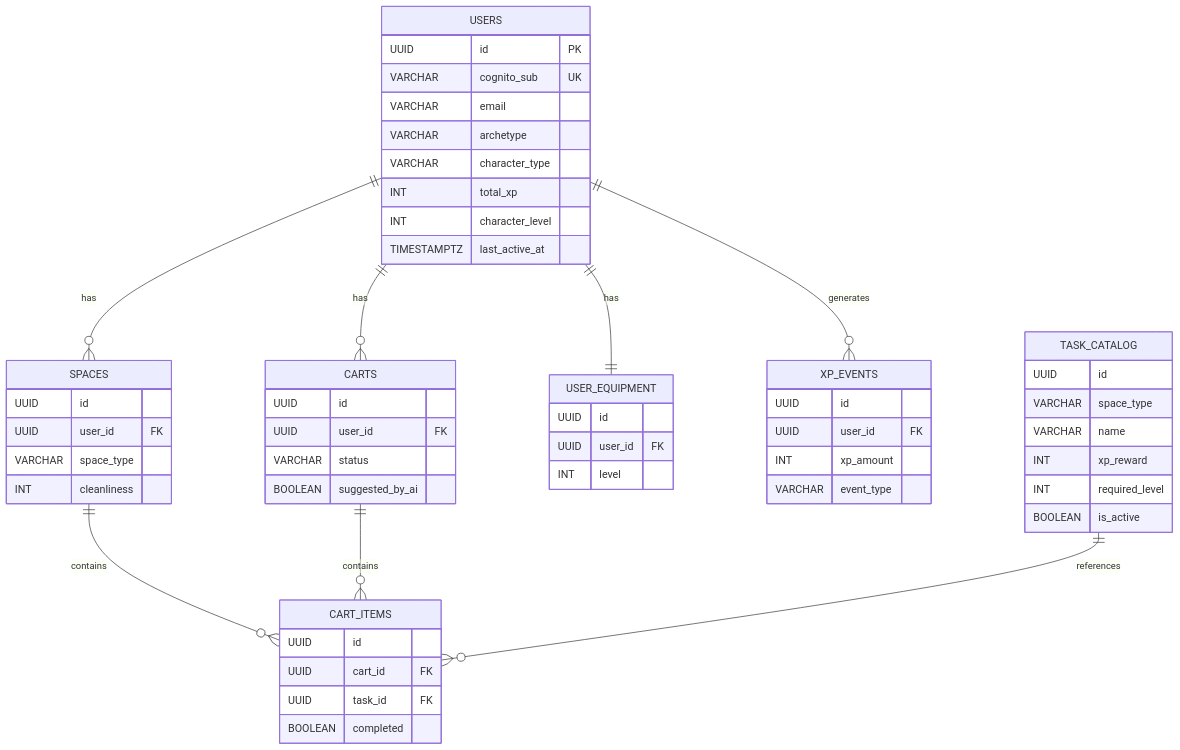
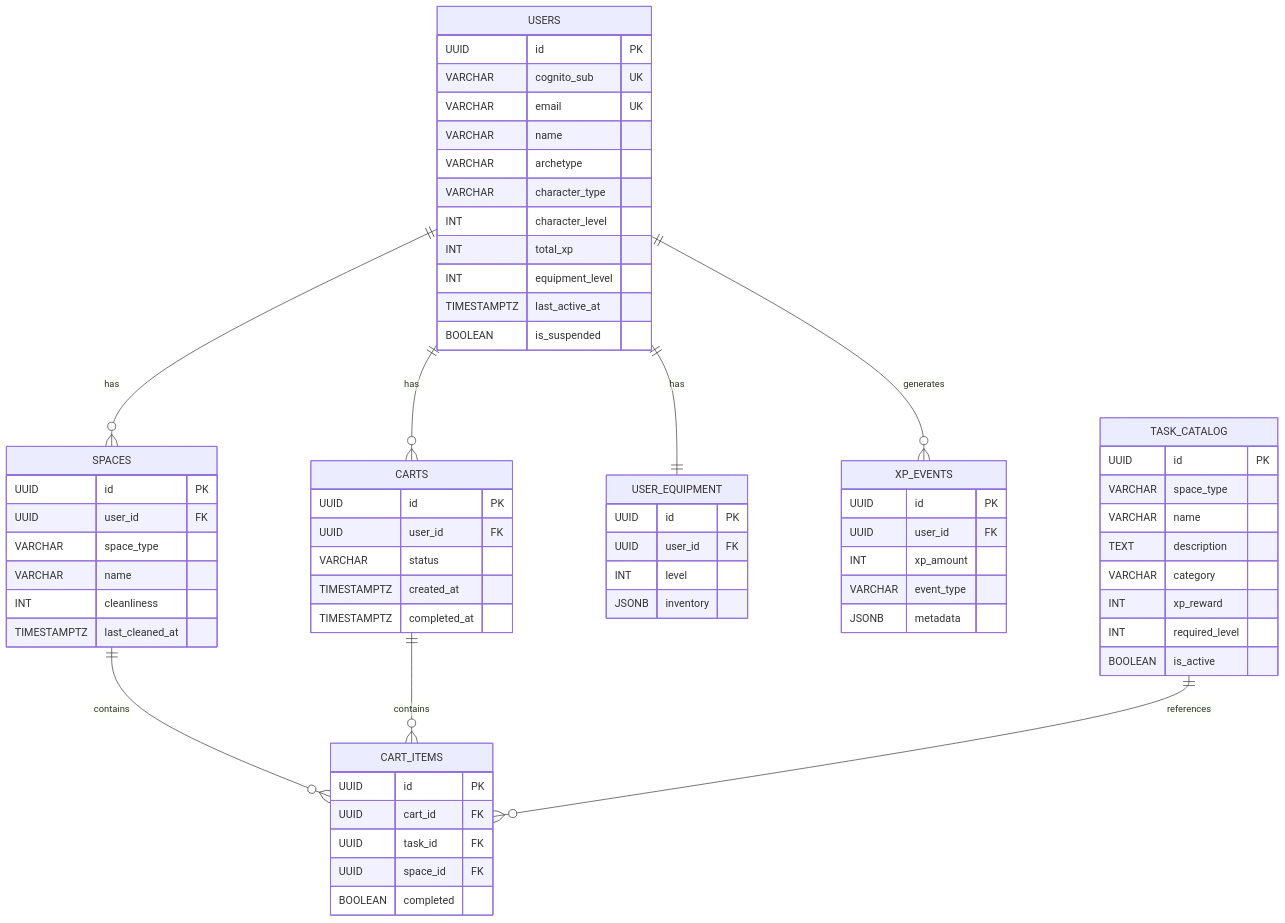
One commit to LIDR-academy/AI4Devs-finalproject changed the diagram in readme.md. Above: the diagram before and after it, drawn with Mermaid. The commit also changed other lines of this file, not shown here.

````diff
--- a/readme.md
+++ b/readme.md
@@ -202,64 +353,75 @@
 ```mermaid
 erDiagram
     USERS ||--o{ SPACES : has
     USERS ||--o{ CARTS : has
     USERS ||--|| USER_EQUIPMENT : has
     USERS ||--o{ XP_EVENTS : generates
     SPACES ||--o{ CART_ITEMS : contains
     CARTS ||--o{ CART_ITEMS : contains
     TASK_CATALOG ||--o{ CART_ITEMS : references
     
     USERS {
         UUID id PK
         VARCHAR cognito_sub UK
-        VARCHAR email
+        VARCHAR email UK
+        VARCHAR name
         VARCHAR archetype
         VARCHAR character_type
+        INT character_level
         INT total_xp
-        INT character_level
+        INT equipment_level
         TIMESTAMPTZ last_active_at
+        BOOLEAN is_suspended
     }
     
     SPACES {
-        UUID id
+        UUID id PK
         UUID user_id FK
         VARCHAR space_type
+        VARCHAR name
         INT cleanliness
+        TIMESTAMPTZ last_cleaned_at
     }
     
     TASK_CATALOG {
-        UUID id
+        UUID id PK
         VARCHAR space_type
         VARCHAR name
+        TEXT description
+        VARCHAR category
         INT xp_reward
         INT required_level
         BOOLEAN is_active
     }
     
     CARTS {
-        UUID id
+        UUID id PK
         UUID user_id FK
         VARCHAR status
-        BOOLEAN suggested_by_ai
+        TIMESTAMPTZ created_at
+        TIMESTAMPTZ completed_at
     }
     
     CART_ITEMS {
-        UUID id
+        UUID id PK
         UUID cart_id FK
         UUID task_id FK
+        UUID space_id FK
         BOOLEAN completed
     }
     
     USER_EQUIPMENT {
-        UUID id
+        UUID id PK
         UUID user_id FK
         INT level
+        JSONB inventory
     }
     
     XP_EVENTS {
-        UUID id
+        UUID id PK
         UUID user_id FK
         INT xp_amount
         VARCHAR event_type
+        JSONB metadata
     }
 ```
````
